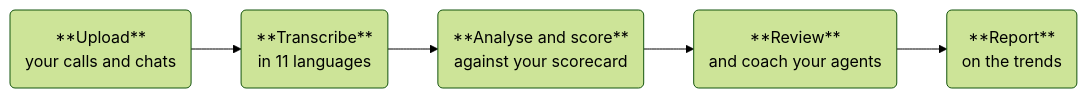
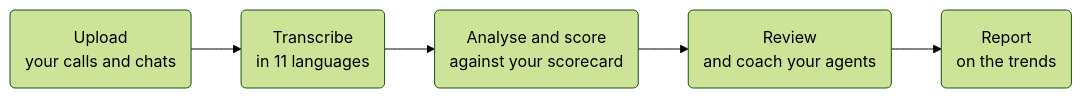
The diagram in docs/getting-started/platform-overview.md (Botlhale-AI/docs-vela), drawn with Mermaid (forest theme) before and after one commit. The commit also changed other lines of this file and 5 other files, not shown here.

````diff
--- a/docs/getting-started/platform-overview.md
+++ b/docs/getting-started/platform-overview.md
@@ -34,12 +34,12 @@
 ```mermaid
 flowchart LR
-    A("**Upload**
-    your calls and chats") --> B("**Transcribe**
+    A("Upload
+    your calls and chats") --> B("Transcribe
     in 11 languages")
-    B --> C("**Analyse and score**
+    B --> C("Analyse and score
     against your scorecard")
-    C --> D("**Review**
+    C --> D("Review
     and coach your agents")
-    D --> E("**Report**
+    D --> E("Report
     on the trends")
 ```
````
